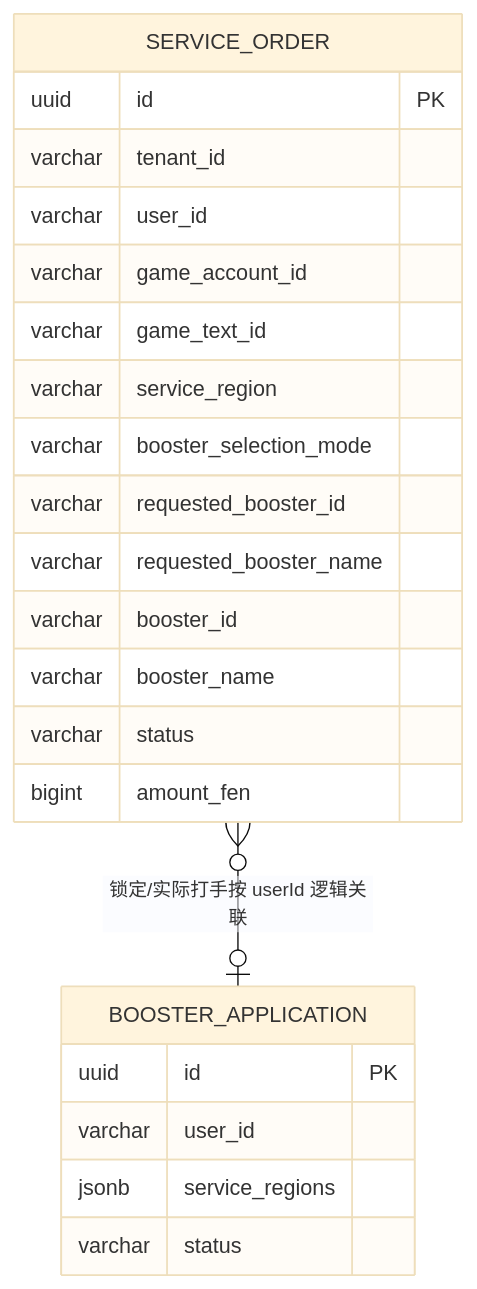
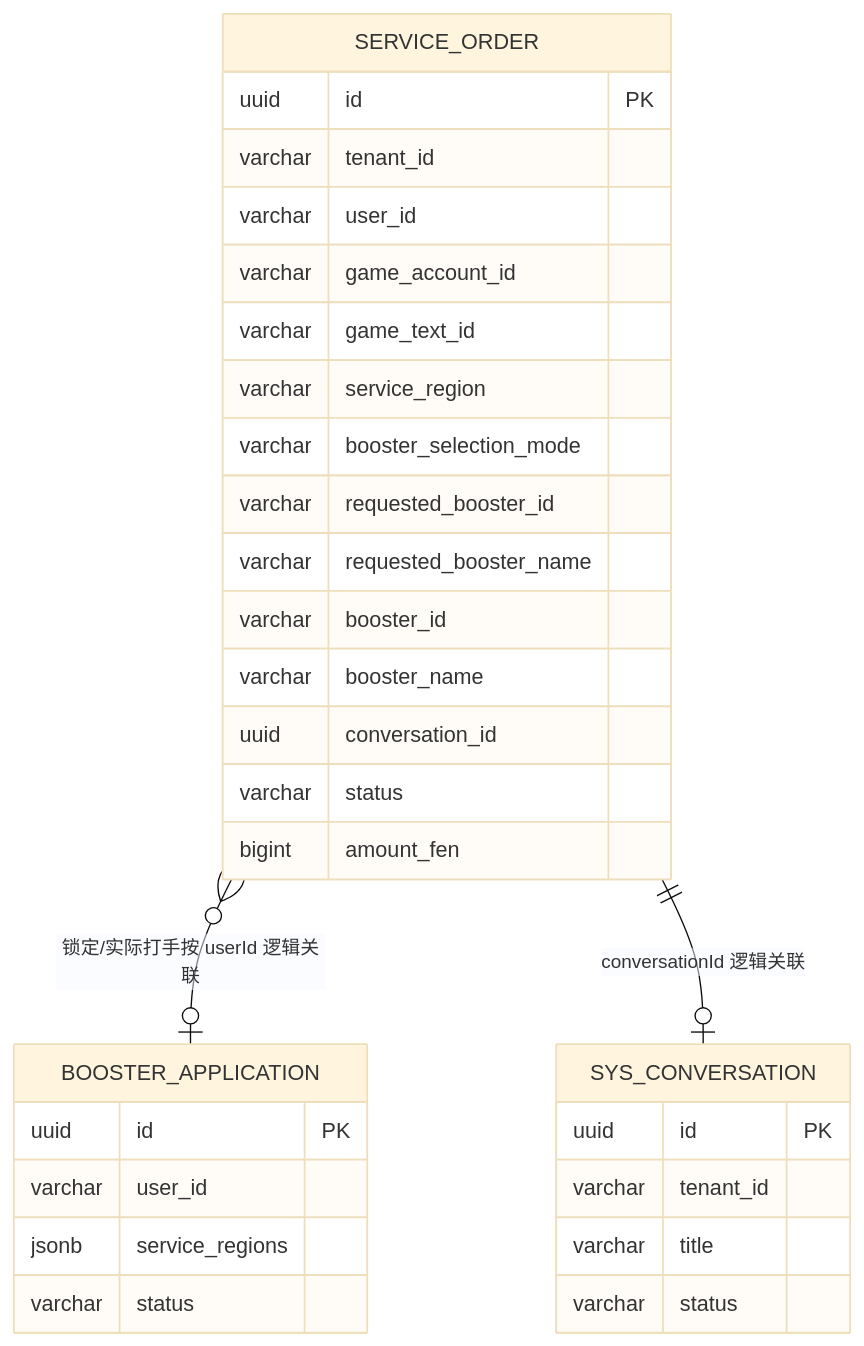
Before and after one commit to yiting001/E-sports-01: the fourth of 5 diagrams in docs/order.md, drawn with Mermaid (base theme). The commit also changed other lines of this file and 33 other files, not shown here.

Commit message:
feat(order): sync group titles with order status

````diff
--- a/docs/order.md
+++ b/docs/order.md
@@ -223,25 +265,33 @@
 ```mermaid
 erDiagram
   SERVICE_ORDER {
     uuid id PK
     varchar tenant_id
     varchar user_id
     varchar game_account_id
     varchar game_text_id
     varchar service_region
     varchar booster_selection_mode
     varchar requested_booster_id
     varchar requested_booster_name
     varchar booster_id
     varchar booster_name
+    uuid conversation_id
     varchar status
     bigint amount_fen
   }
   BOOSTER_APPLICATION {
     uuid id PK
     varchar user_id
     jsonb service_regions
     varchar status
   }
+  SYS_CONVERSATION {
+    uuid id PK
+    varchar tenant_id
+    varchar title
+    varchar status
+  }
   SERVICE_ORDER }o--o| BOOSTER_APPLICATION : "锁定/实际打手按 userId 逻辑关联"
+  SERVICE_ORDER ||--o| SYS_CONVERSATION : "conversationId 逻辑关联"
 ```
````
